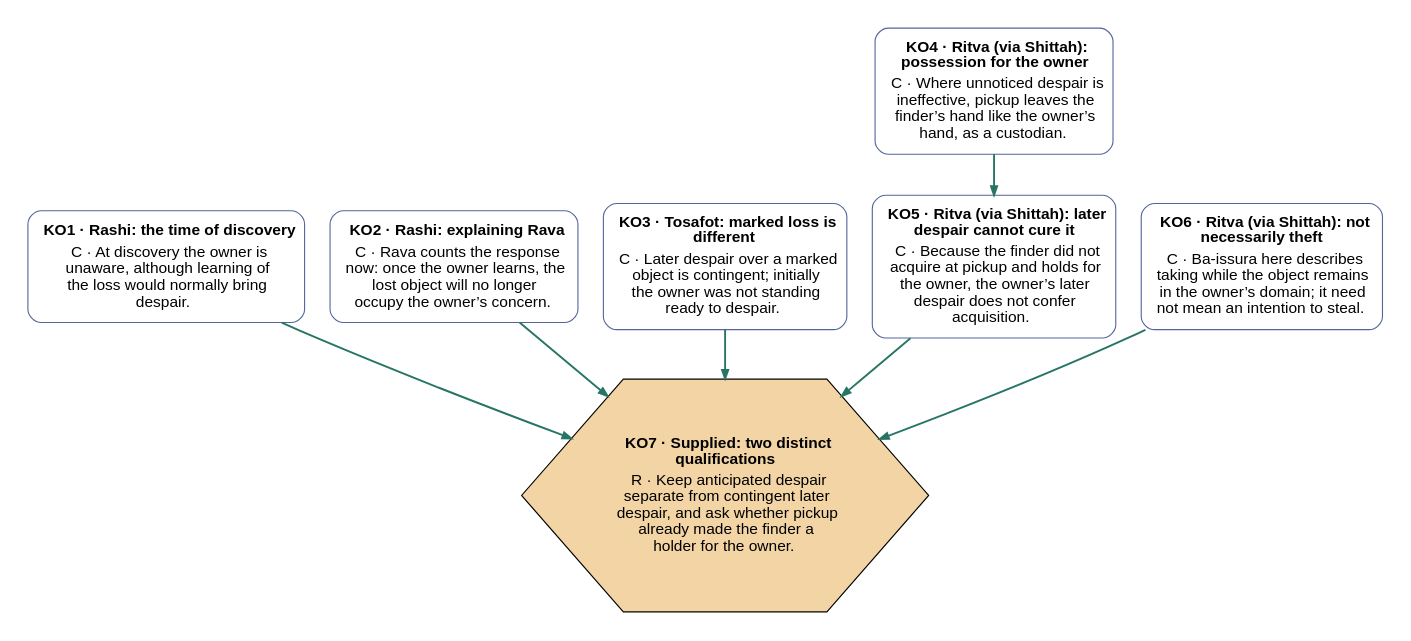
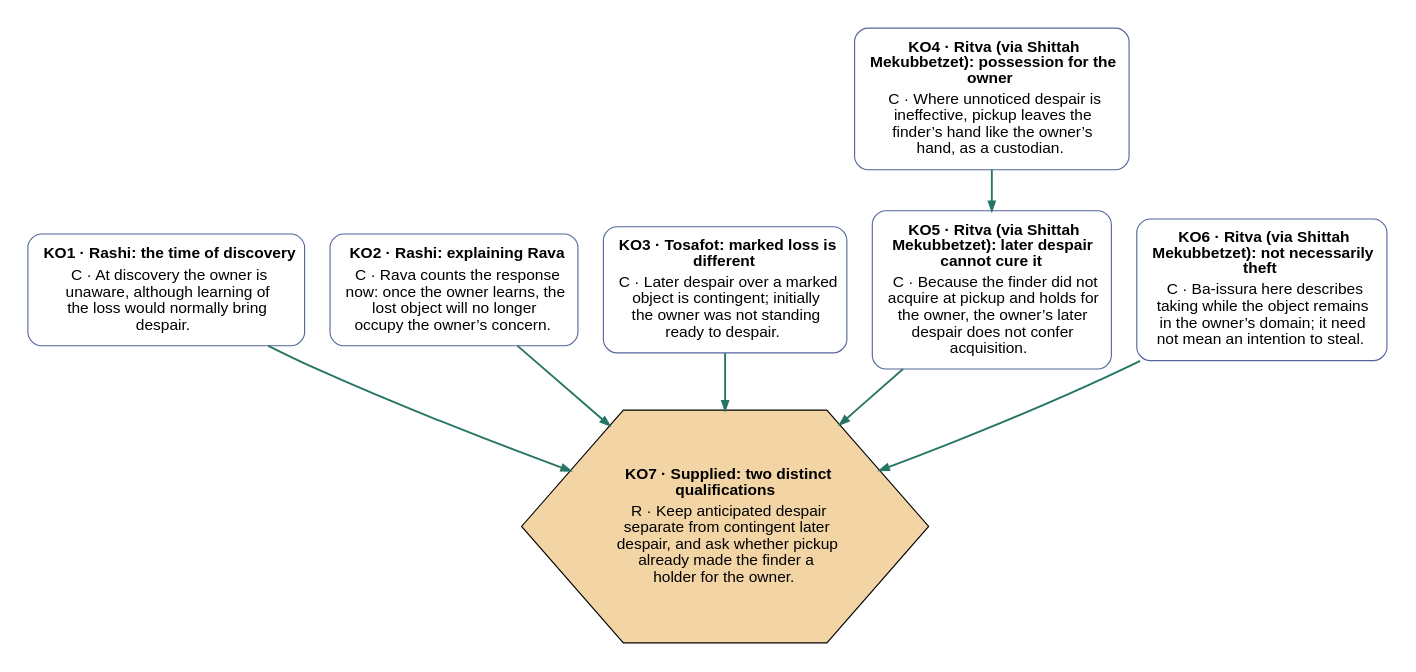
The diagram in maps/04-opening-commentary.dot (ashebson/yeush-shelo-midaat-argdown), drawn with Graphviz before and after one commit. The commit also changed 105 other files, not shown here.

Commit message:
Add native Argdown reconstructions and offline Graph Code views

```diff
--- a/maps/04-opening-commentary.dot
+++ b/maps/04-opening-commentary.dot
@@ -1,26 +1,26 @@
 digraph "Argument Map" {
 
 rankdir = "TB";
 nodesep = "0.32";
 ranksep = "0.52";
 pad = "0.25";
 size = "";
 concentrate = "false";
 ratio = "auto";
 edge[arrowsize="0.8", penwidth="1.7"]graph [bgcolor = "#ffffff" ]  n0 [label=<<TABLE WIDTH="180" ALIGN="CENTER" BORDER="0" CELLSPACING="0"><TR><TD WIDTH="180" ALIGN="TEXT" BALIGN="CENTER"><FONT FACE="Arial" POINT-SIZE="14" COLOR="#000000"><B>KO1&#x20;&#xB7;&#x20;Rashi&#x3A;&#x20;the&#x20;time&#x20;of&#x20;discovery</B></FONT></TD></TR><TR><TD ALIGN="TEXT" WIDTH="180" BALIGN="CENTER"><FONT FACE="Arial" POINT-SIZE="14" COLOR="#000000">C&#x20;&#xB7;&#x20;At&#x20;discovery&#x20;the&#x20;owner&#x20;is<BR/>&#x20;unaware&#x2C;&#x20;although&#x20;learning&#x20;of<BR/>&#x20;the&#x20;loss&#x20;would&#x20;normally&#x20;bring<BR/>&#x20;despair.&#x20;</FONT></TD></TR></TABLE>>, tooltip="C · At discovery the owner is unaware, although learning of the loss would normally bring despair. ", shape="box",  margin="0.16,0.12", style="rounded,filled", color="#53659c", fillcolor="white", labelfontcolor="white", fontcolor="#000000", type="statement-map-node"];
   n1 [label=<<TABLE WIDTH="180" ALIGN="CENTER" BORDER="0" CELLSPACING="0"><TR><TD WIDTH="180" ALIGN="TEXT" BALIGN="CENTER"><FONT FACE="Arial" POINT-SIZE="14" COLOR="#000000"><B>KO2&#x20;&#xB7;&#x20;Rashi&#x3A;&#x20;explaining&#x20;Rava</B></FONT></TD></TR><TR><TD ALIGN="TEXT" WIDTH="180" BALIGN="CENTER"><FONT FACE="Arial" POINT-SIZE="14" COLOR="#000000">C&#x20;&#xB7;&#x20;Rava&#x20;counts&#x20;the&#x20;response<BR/>&#x20;now&#x3A;&#x20;once&#x20;the&#x20;owner&#x20;learns&#x2C;&#x20;the<BR/>&#x20;lost&#x20;object&#x20;will&#x20;no&#x20;longer<BR/>&#x20;occupy&#x20;the&#x20;owner&#8217;s&#x20;concern.&#x20;</FONT></TD></TR></TABLE>>, tooltip="C · Rava counts the response now: once the owner learns, the lost object will no longer occupy the owner’s concern. ", shape="box",  margin="0.16,0.12", style="rounded,filled", color="#53659c", fillcolor="white", labelfontcolor="white", fontcolor="#000000", type="statement-map-node"];
   n2 [label=<<TABLE WIDTH="180" ALIGN="CENTER" BORDER="0" CELLSPACING="0"><TR><TD WIDTH="180" ALIGN="TEXT" BALIGN="CENTER"><FONT FACE="Arial" POINT-SIZE="14" COLOR="#000000"><B>KO3&#x20;&#xB7;&#x20;Tosafot&#x3A;&#x20;marked&#x20;loss&#x20;is<BR/>&#x20;different</B></FONT></TD></TR><TR><TD ALIGN="TEXT" WIDTH="180" BALIGN="CENTER"><FONT FACE="Arial" POINT-SIZE="14" COLOR="#000000">C&#x20;&#xB7;&#x20;Later&#x20;despair&#x20;over&#x20;a&#x20;marked<BR/>&#x20;object&#x20;is&#x20;contingent&#x3B;&#x20;initially<BR/>&#x20;the&#x20;owner&#x20;was&#x20;not&#x20;standing<BR/>&#x20;ready&#x20;to&#x20;despair.&#x20;</FONT></TD></TR></TABLE>>, tooltip="C · Later despair over a marked object is contingent; initially the owner was not standing ready to despair. ", shape="box",  margin="0.16,0.12", style="rounded,filled", color="#53659c", fillcolor="white", labelfontcolor="white", fontcolor="#000000", type="statement-map-node"];
-  n3 [label=<<TABLE WIDTH="180" ALIGN="CENTER" BORDER="0" CELLSPACING="0"><TR><TD WIDTH="180" ALIGN="TEXT" BALIGN="CENTER"><FONT FACE="Arial" POINT-SIZE="14" COLOR="#000000"><B>KO4&#x20;&#xB7;&#x20;Ritva&#x20;&#x28;via&#x20;Shittah&#x29;&#x3A;<BR/>&#x20;possession&#x20;for&#x20;the&#x20;owner</B></FONT></TD></TR><TR><TD ALIGN="TEXT" WIDTH="180" BALIGN="CENTER"><FONT FACE="Arial" POINT-SIZE="14" COLOR="#000000">C&#x20;&#xB7;&#x20;Where&#x20;unnoticed&#x20;despair&#x20;is<BR/>&#x20;ineffective&#x2C;&#x20;pickup&#x20;leaves&#x20;the<BR/>&#x20;finder&#8217;s&#x20;hand&#x20;like&#x20;the&#x20;owner&#8217;s<BR/>&#x20;hand&#x2C;&#x20;as&#x20;a&#x20;custodian.&#x20;</FONT></TD></TR></TABLE>>, tooltip="C · Where unnoticed despair is ineffective, pickup leaves the finder’s hand like the owner’s hand, as a custodian. ", shape="box",  margin="0.16,0.12", style="rounded,filled", color="#53659c", fillcolor="white", labelfontcolor="white", fontcolor="#000000", type="statement-map-node"];
-  n4 [label=<<TABLE WIDTH="180" ALIGN="CENTER" BORDER="0" CELLSPACING="0"><TR><TD WIDTH="180" ALIGN="TEXT" BALIGN="CENTER"><FONT FACE="Arial" POINT-SIZE="14" COLOR="#000000"><B>KO5&#x20;&#xB7;&#x20;Ritva&#x20;&#x28;via&#x20;Shittah&#x29;&#x3A;&#x20;later<BR/>&#x20;despair&#x20;cannot&#x20;cure&#x20;it</B></FONT></TD></TR><TR><TD ALIGN="TEXT" WIDTH="180" BALIGN="CENTER"><FONT FACE="Arial" POINT-SIZE="14" COLOR="#000000">C&#x20;&#xB7;&#x20;Because&#x20;the&#x20;finder&#x20;did&#x20;not<BR/>&#x20;acquire&#x20;at&#x20;pickup&#x20;and&#x20;holds&#x20;for<BR/>&#x20;the&#x20;owner&#x2C;&#x20;the&#x20;owner&#8217;s&#x20;later<BR/>&#x20;despair&#x20;does&#x20;not&#x20;confer<BR/>&#x20;acquisition.&#x20;</FONT></TD></TR></TABLE>>, tooltip="C · Because the finder did not acquire at pickup and holds for the owner, the owner’s later despair does not confer acquisition. ", shape="box",  margin="0.16,0.12", style="rounded,filled", color="#53659c", fillcolor="white", labelfontcolor="white", fontcolor="#000000", type="statement-map-node"];
-  n5 [label=<<TABLE WIDTH="180" ALIGN="CENTER" BORDER="0" CELLSPACING="0"><TR><TD WIDTH="180" ALIGN="TEXT" BALIGN="CENTER"><FONT FACE="Arial" POINT-SIZE="14" COLOR="#000000"><B>KO6&#x20;&#xB7;&#x20;Ritva&#x20;&#x28;via&#x20;Shittah&#x29;&#x3A;&#x20;not<BR/>&#x20;necessarily&#x20;theft</B></FONT></TD></TR><TR><TD ALIGN="TEXT" WIDTH="180" BALIGN="CENTER"><FONT FACE="Arial" POINT-SIZE="14" COLOR="#000000">C&#x20;&#xB7;&#x20;Ba-issura&#x20;here&#x20;describes<BR/>&#x20;taking&#x20;while&#x20;the&#x20;object&#x20;remains<BR/>&#x20;in&#x20;the&#x20;owner&#8217;s&#x20;domain&#x3B;&#x20;it&#x20;need<BR/>&#x20;not&#x20;mean&#x20;an&#x20;intention&#x20;to&#x20;steal.&#x20;</FONT></TD></TR></TABLE>>, tooltip="C · Ba-issura here describes taking while the object remains in the owner’s domain; it need not mean an intention to steal. ", shape="box",  margin="0.16,0.12", style="rounded,filled", color="#53659c", fillcolor="white", labelfontcolor="white", fontcolor="#000000", type="statement-map-node"];
+  n3 [label=<<TABLE WIDTH="180" ALIGN="CENTER" BORDER="0" CELLSPACING="0"><TR><TD WIDTH="180" ALIGN="TEXT" BALIGN="CENTER"><FONT FACE="Arial" POINT-SIZE="14" COLOR="#000000"><B>KO4&#x20;&#xB7;&#x20;Ritva&#x20;&#x28;via&#x20;Shittah<BR/>&#x20;Mekubbetzet&#x29;&#x3A;&#x20;possession&#x20;for&#x20;the<BR/>&#x20;owner</B></FONT></TD></TR><TR><TD ALIGN="TEXT" WIDTH="180" BALIGN="CENTER"><FONT FACE="Arial" POINT-SIZE="14" COLOR="#000000">C&#x20;&#xB7;&#x20;Where&#x20;unnoticed&#x20;despair&#x20;is<BR/>&#x20;ineffective&#x2C;&#x20;pickup&#x20;leaves&#x20;the<BR/>&#x20;finder&#8217;s&#x20;hand&#x20;like&#x20;the&#x20;owner&#8217;s<BR/>&#x20;hand&#x2C;&#x20;as&#x20;a&#x20;custodian.&#x20;</FONT></TD></TR></TABLE>>, tooltip="C · Where unnoticed despair is ineffective, pickup leaves the finder’s hand like the owner’s hand, as a custodian. ", shape="box",  margin="0.16,0.12", style="rounded,filled", color="#53659c", fillcolor="white", labelfontcolor="white", fontcolor="#000000", type="statement-map-node"];
+  n4 [label=<<TABLE WIDTH="180" ALIGN="CENTER" BORDER="0" CELLSPACING="0"><TR><TD WIDTH="180" ALIGN="TEXT" BALIGN="CENTER"><FONT FACE="Arial" POINT-SIZE="14" COLOR="#000000"><B>KO5&#x20;&#xB7;&#x20;Ritva&#x20;&#x28;via&#x20;Shittah<BR/>&#x20;Mekubbetzet&#x29;&#x3A;&#x20;later&#x20;despair<BR/>&#x20;cannot&#x20;cure&#x20;it</B></FONT></TD></TR><TR><TD ALIGN="TEXT" WIDTH="180" BALIGN="CENTER"><FONT FACE="Arial" POINT-SIZE="14" COLOR="#000000">C&#x20;&#xB7;&#x20;Because&#x20;the&#x20;finder&#x20;did&#x20;not<BR/>&#x20;acquire&#x20;at&#x20;pickup&#x20;and&#x20;holds&#x20;for<BR/>&#x20;the&#x20;owner&#x2C;&#x20;the&#x20;owner&#8217;s&#x20;later<BR/>&#x20;despair&#x20;does&#x20;not&#x20;confer<BR/>&#x20;acquisition.&#x20;</FONT></TD></TR></TABLE>>, tooltip="C · Because the finder did not acquire at pickup and holds for the owner, the owner’s later despair does not confer acquisition. ", shape="box",  margin="0.16,0.12", style="rounded,filled", color="#53659c", fillcolor="white", labelfontcolor="white", fontcolor="#000000", type="statement-map-node"];
+  n5 [label=<<TABLE WIDTH="180" ALIGN="CENTER" BORDER="0" CELLSPACING="0"><TR><TD WIDTH="180" ALIGN="TEXT" BALIGN="CENTER"><FONT FACE="Arial" POINT-SIZE="14" COLOR="#000000"><B>KO6&#x20;&#xB7;&#x20;Ritva&#x20;&#x28;via&#x20;Shittah<BR/>&#x20;Mekubbetzet&#x29;&#x3A;&#x20;not&#x20;necessarily<BR/>&#x20;theft</B></FONT></TD></TR><TR><TD ALIGN="TEXT" WIDTH="180" BALIGN="CENTER"><FONT FACE="Arial" POINT-SIZE="14" COLOR="#000000">C&#x20;&#xB7;&#x20;Ba-issura&#x20;here&#x20;describes<BR/>&#x20;taking&#x20;while&#x20;the&#x20;object&#x20;remains<BR/>&#x20;in&#x20;the&#x20;owner&#8217;s&#x20;domain&#x3B;&#x20;it&#x20;need<BR/>&#x20;not&#x20;mean&#x20;an&#x20;intention&#x20;to&#x20;steal.&#x20;</FONT></TD></TR></TABLE>>, tooltip="C · Ba-issura here describes taking while the object remains in the owner’s domain; it need not mean an intention to steal. ", shape="box",  margin="0.16,0.12", style="rounded,filled", color="#53659c", fillcolor="white", labelfontcolor="white", fontcolor="#000000", type="statement-map-node"];
   n6 [label=<<TABLE WIDTH="180" ALIGN="CENTER" BORDER="0" CELLSPACING="0"><TR><TD WIDTH="180" ALIGN="TEXT" BALIGN="CENTER"><FONT FACE="Arial" POINT-SIZE="14" COLOR="#000000"><B>KO7&#x20;&#xB7;&#x20;Supplied&#x3A;&#x20;two&#x20;distinct<BR/>&#x20;qualifications</B></FONT></TD></TR><TR><TD ALIGN="TEXT" WIDTH="180" BALIGN="CENTER"><FONT FACE="Arial" POINT-SIZE="14" COLOR="#000000">R&#x20;&#xB7;&#x20;Keep&#x20;anticipated&#x20;despair<BR/>&#x20;separate&#x20;from&#x20;contingent&#x20;later<BR/>&#x20;despair&#x2C;&#x20;and&#x20;ask&#x20;whether&#x20;pickup<BR/>&#x20;already&#x20;made&#x20;the&#x20;finder&#x20;a<BR/>&#x20;holder&#x20;for&#x20;the&#x20;owner.&#x20;</FONT></TD></TR></TABLE>>, tooltip="R · Keep anticipated despair separate from contingent later despair, and ask whether pickup already made the finder a holder for the owner. ", margin="0.16,0.12", shape="hexagon", style="filled", fillcolor="#f3d5a5", fontcolor="#000000",  type="argument-map-node"];
 
 
   n0 -> n6 [type="support", color="#267565", tooltip="support"];
   n1 -> n6 [type="support", color="#267565", tooltip="support"];
   n2 -> n6 [type="support", color="#267565", tooltip="support"];
   n3 -> n4 [type="support", color="#267565", tooltip="support"];
   n4 -> n6 [type="support", color="#267565", tooltip="support"];
   n5 -> n6 [type="support", color="#267565", tooltip="support"];
 
 }
```
